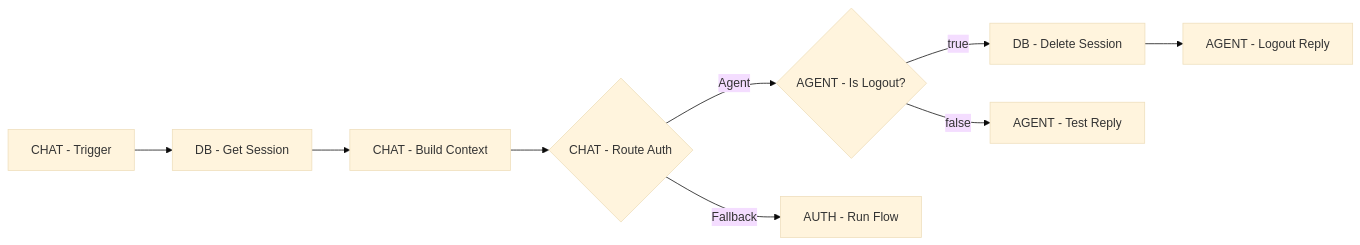
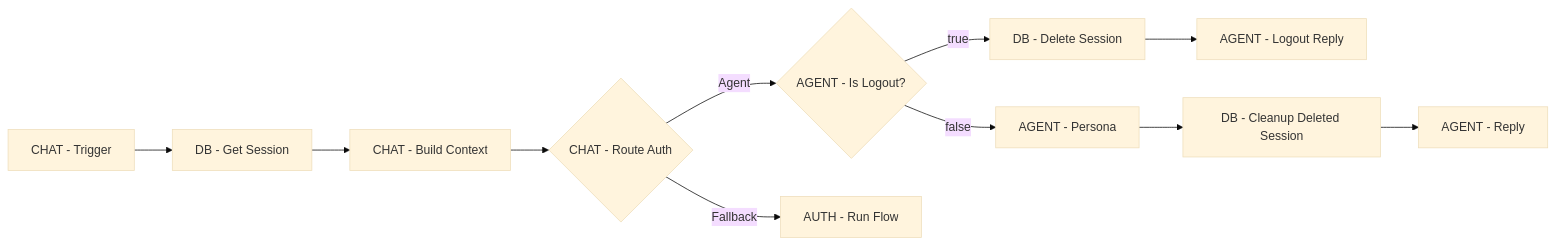
The third of 8 diagrams in docs/auth.md (sofia-z06/persona), drawn with Mermaid (base theme) before and after one commit. The commit also changed other lines of this file, not shown here.

Commit message:
[+] docs: document user_id injection into agent tools (refs #15)

````diff
--- a/docs/auth.md
+++ b/docs/auth.md
@@ -93,8 +94,8 @@
 ```mermaid
 flowchart LR
     T[CHAT - Trigger] --> S[DB - Get Session] --> C[CHAT - Build Context] --> R{CHAT - Route Auth}
     R -- Agent --> L{AGENT - Is Logout?}
     L -- true --> D[DB - Delete Session] --> LR[AGENT - Logout Reply]
-    L -- false --> A[AGENT - Test Reply]
+    L -- false --> A[AGENT - Persona] --> CL[DB - Cleanup Deleted Session] --> AR[AGENT - Reply]
     R -- Fallback --> F[AUTH - Run Flow]
 ```
````
